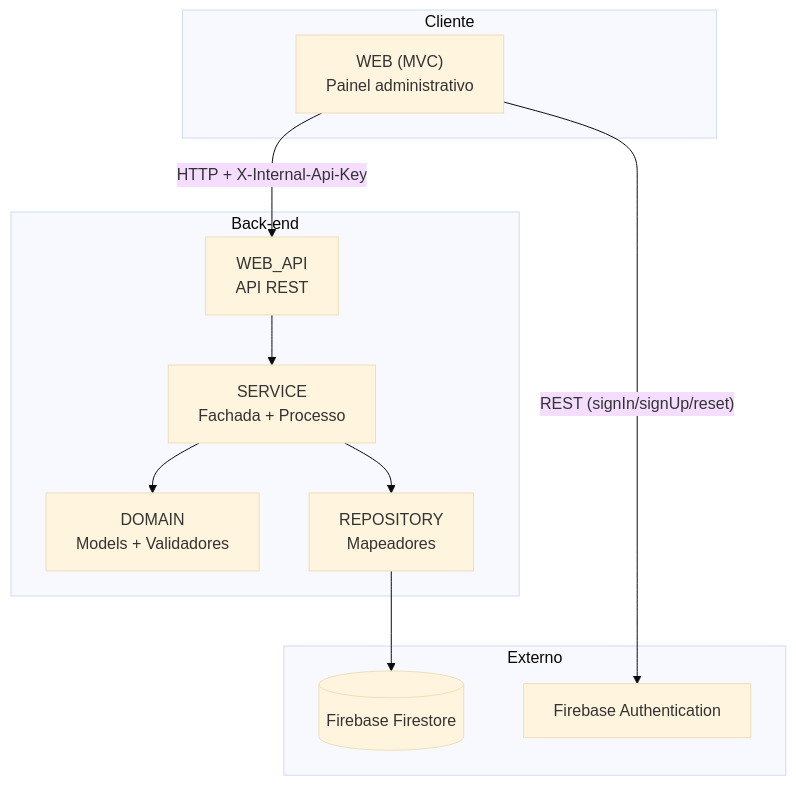
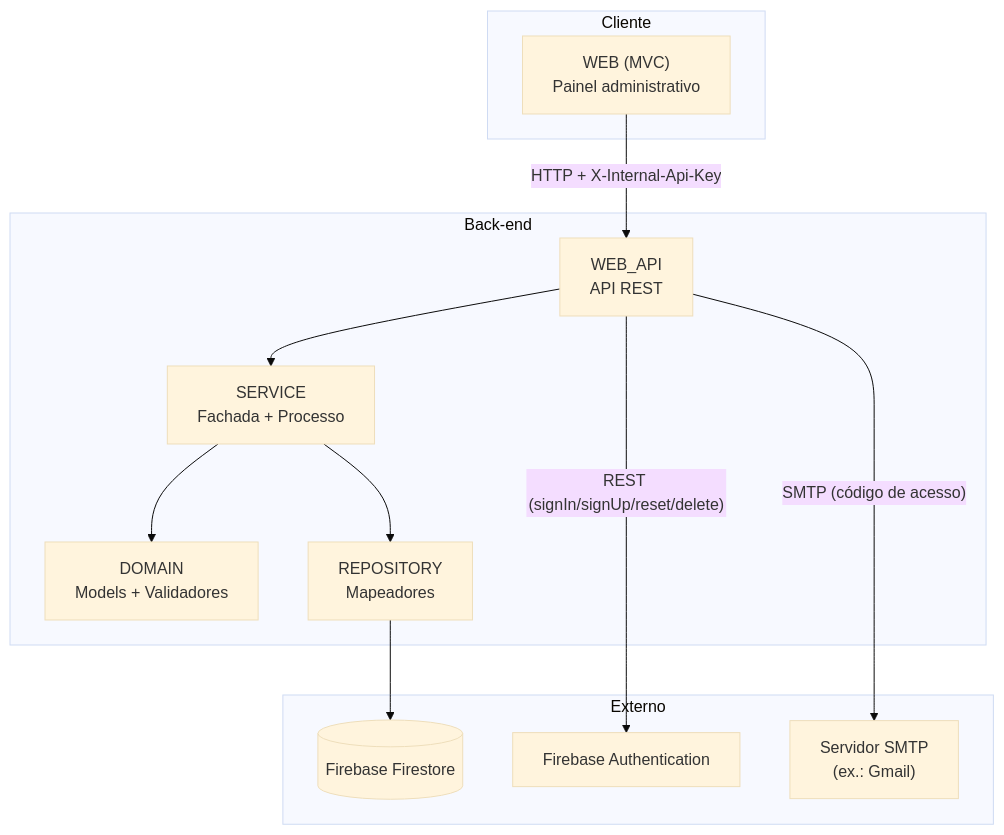
One commit to fadertechltda/IValid_Web changed the diagram in README.md. Above: the diagram before and after it, drawn with Mermaid (base theme). The commit also changed other lines of this file and 56 other files, not shown here.

````diff
--- a/README.md
+++ b/README.md
@@ -46,25 +51,27 @@
 ```mermaid
 flowchart TB
     subgraph Cliente
         WEB["WEB (MVC)<br/>Painel administrativo"]
     end
 
     subgraph "Back-end"
         WEBAPI["WEB_API<br/>API REST"]
         SERVICE["SERVICE<br/>Fachada + Processo"]
         DOMAIN["DOMAIN<br/>Models + Validadores"]
         REPOSITORY["REPOSITORY<br/>Mapeadores"]
     end
 
     subgraph Externo
         FIRESTORE[("Firebase Firestore")]
         FIREAUTH["Firebase Authentication"]
+        SMTP["Servidor SMTP<br/>(ex.: Gmail)"]
     end
 
     WEB -- "HTTP + X-Internal-Api-Key" --> WEBAPI
-    WEB -- "REST (signIn/signUp/reset)" --> FIREAUTH
+    WEBAPI -- "REST (signIn/signUp/reset/delete)" --> FIREAUTH
+    WEBAPI -- "SMTP (código de acesso)" --> SMTP
     WEBAPI --> SERVICE
     SERVICE --> DOMAIN
     SERVICE --> REPOSITORY
     REPOSITORY --> FIRESTORE
 ```
````
